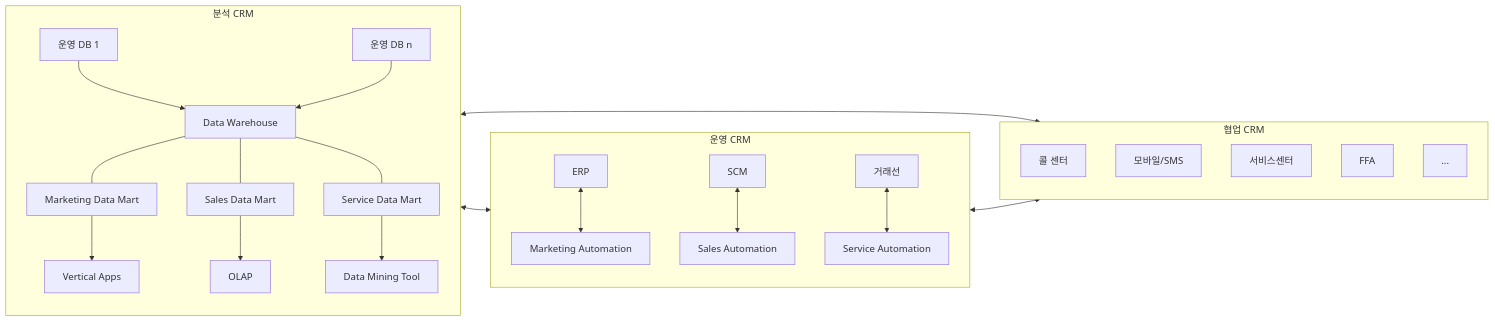
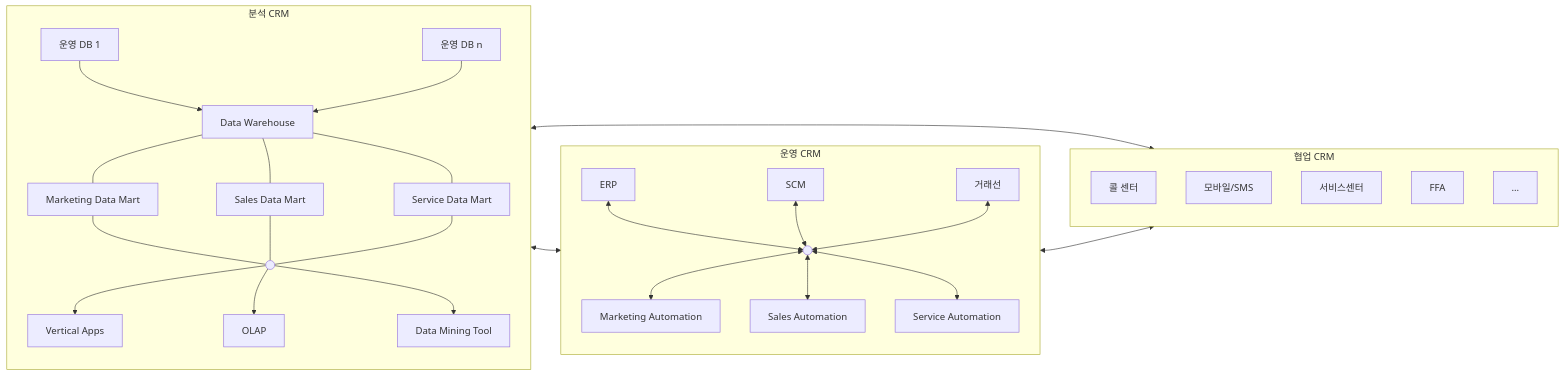
One commit to jhs512/topcit changed the diagram in output/markdown/pages/page-088.md. Above: the diagram before and after it, drawn with Mermaid. The commit also changed 127 other files, not shown here.

````diff
--- a/output/markdown/pages/page-088.md
+++ b/output/markdown/pages/page-088.md
@@ -19,28 +19,34 @@
 ```mermaid
 flowchart LR
     subgraph A[분석 CRM]
         A1[운영 DB 1] --> D[Data Warehouse]
         AN[운영 DB n] --> D
         D --- M[Marketing Data Mart]
         D --- S[Sales Data Mart]
         D --- V[Service Data Mart]
-        M --> X[Vertical Apps]
-        S --> Y[OLAP]
-        V --> Z[Data Mining Tool]
+        M --- J(( ))
+        S --- J
+        V --- J
+        J --> X[Vertical Apps]
+        J --> Y[OLAP]
+        J --> Z[Data Mining Tool]
     end
     subgraph B[운영 CRM]
-        E[ERP] <--> MA[Marketing Automation]
-        SC[SCM] <--> SA[Sales Automation]
-        R[거래선] <--> SV[Service Automation]
+        E[ERP] <--> J2(( ))
+        SC[SCM] <--> J2
+        R[거래선] <--> J2
+        J2 <--> MA[Marketing Automation]
+        J2 <--> SA[Sales Automation]
+        J2 <--> SV[Service Automation]
     end
     subgraph C[협업 CRM]
         C1[콜 센터]
         C2[모바일/SMS]
         C3[서비스센터]
         C4[FFA]
         C5[...]
     end
     A <--> B
     A <--> C
     B <--> C
 ```
````
